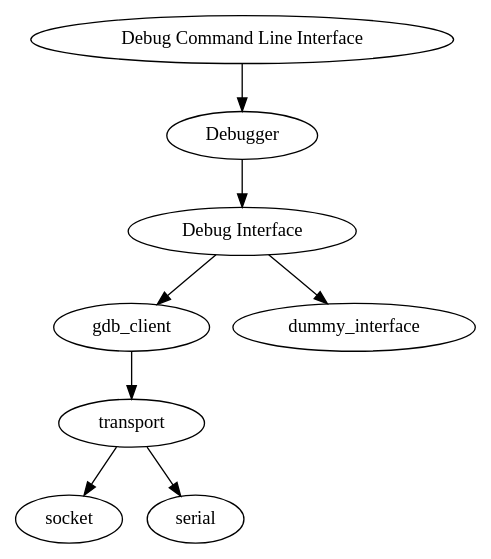
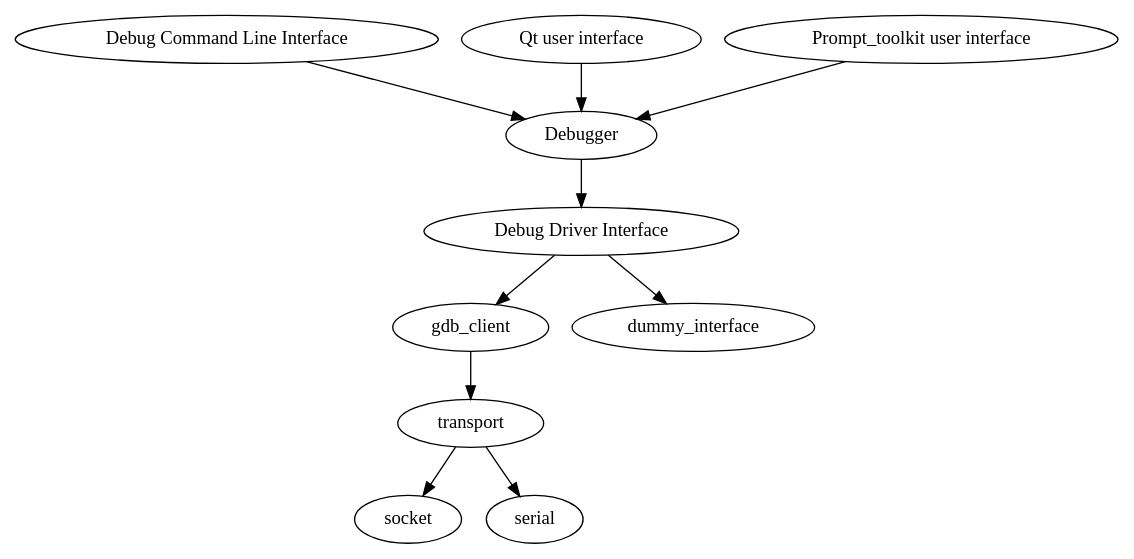
Before and after one commit to windelbouwman/ppci: the diagram in docs/reference/debug.rst, drawn with Graphviz. The commit also changed other lines of this file and 35 other files, not shown here.

```diff
--- a/docs/reference/debug.rst
+++ b/docs/reference/debug.rst
@@ -14,14 +14,18 @@
 .. graphviz::
 
    digraph x {
    dbg_cli [label="Debug Command Line Interface"]
+   dbg_qt [label="Qt user interface"]
+   dbg_pt [label="Prompt_toolkit user interface"]
    debugger [label="Debugger"]
    dbg_cli -> debugger
+   dbg_qt -> debugger
+   dbg_pt -> debugger
    debugger -> debug_interface
-   debug_interface [label="Debug Interface"]
+   debug_interface [label="Debug Driver Interface"]
    debug_interface -> gdb_client
    debug_interface -> dummy_interface
    gdb_client -> transport
    transport -> socket
    transport -> serial
    }
```
